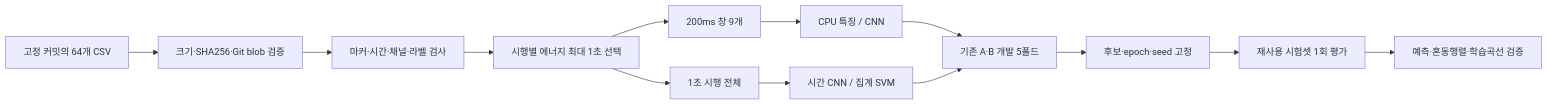
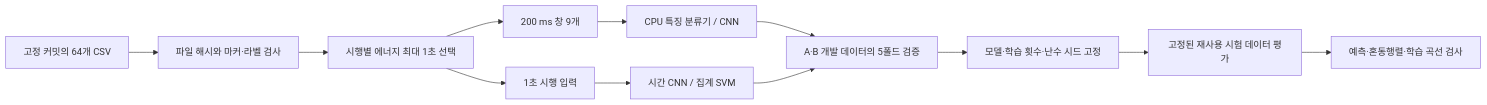
One commit to KyunghoCha/semg-arm-motion-coursework changed the diagram in README.md. Above: the diagram before and after it, drawn with Mermaid. The commit also changed other lines of this file and 3 other files, not shown here.

````diff
--- a/README.md
+++ b/README.md
@@ -41,15 +57,14 @@
 ```mermaid
 flowchart LR
-    A[고정 커밋의 64개 CSV] --> B[크기·SHA256·Git blob 검증]
-    B --> C[마커·시간·채널·라벨 검사]
-    C --> D[시행별 에너지 최대 1초 선택]
-    D --> E[200ms 창 9개]
-    D --> F[1초 시행 전체]
-    E --> G[CPU 특징 / CNN]
-    F --> H[시간 CNN / 집계 SVM]
-    G --> I[기존 A·B 개발 5폴드]
-    H --> I
-    I --> J[후보·epoch·seed 고정]
-    J --> K[재사용 시험셋 1회 평가]
-    K --> L[예측·혼동행렬·학습곡선 검증]
+    A[고정 커밋의 64개 CSV] --> B[파일 해시와 마커·라벨 검사]
+    B --> C[시행별 에너지 최대 1초 선택]
+    C --> D[200 ms 창 9개]
+    C --> E[1초 시행 입력]
+    D --> F[CPU 특징 분류기 / CNN]
+    E --> G[시간 CNN / 집계 SVM]
+    F --> H[A·B 개발 데이터의 5폴드 검증]
+    G --> H
+    H --> I[모델·학습 횟수·난수 시드 고정]
+    I --> J[고정된 재사용 시험 데이터 평가]
+    J --> K[예측·혼동행렬·학습 곡선 검사]
 ```
````
